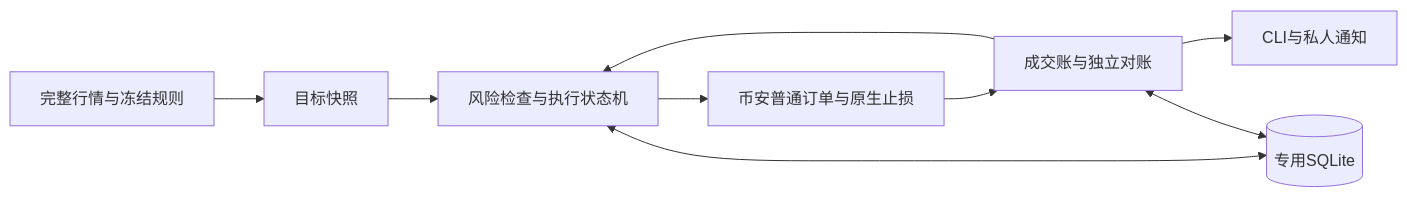
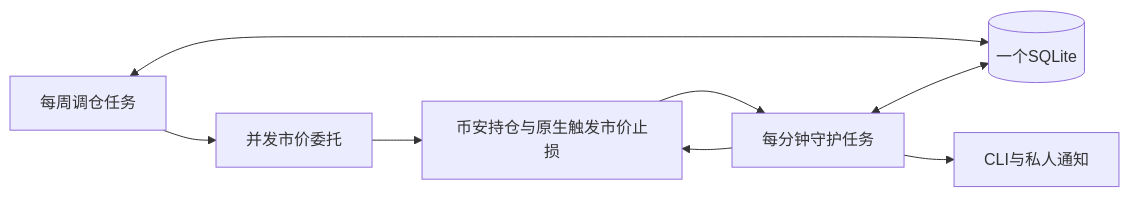
Before and after one commit to owenliang60-ship-it/finance: the diagram in docs/design/momentum-ls-01-live/north-star.md, drawn with Mermaid. The commit also changed other lines of this file and 6 other files, not shown here.

````diff
--- a/docs/design/momentum-ls-01-live/north-star.md
+++ b/docs/design/momentum-ls-01-live/north-star.md
@@ -23,11 +8,10 @@
-```mermaid
+~~~mermaid
 flowchart LR
-  A[完整行情与冻结规则] --> B[目标快照]
-  B --> C[风险检查与执行状态机]
-  C --> D[币安普通订单与原生止损]
-  D --> E[成交账与独立对账]
-  E --> C
-  E --> F[CLI与私人通知]
-  C <--> G[(专用SQLite)]
-  E <--> G
-```
+  W[每周调仓任务] --> X[并发市价委托]
+  X --> B[币安持仓与原生触发市价止损]
+  G[每分钟守护任务] --> B
+  B --> G
+  W <--> D[(一个SQLite)]
+  G <--> D
+  G --> N[CLI与私人通知]
+~~~
````
